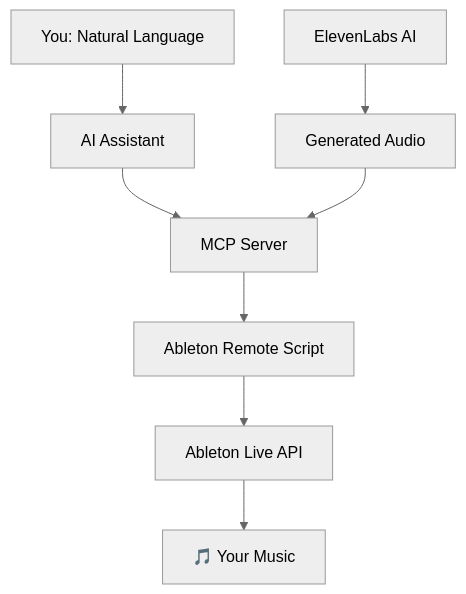
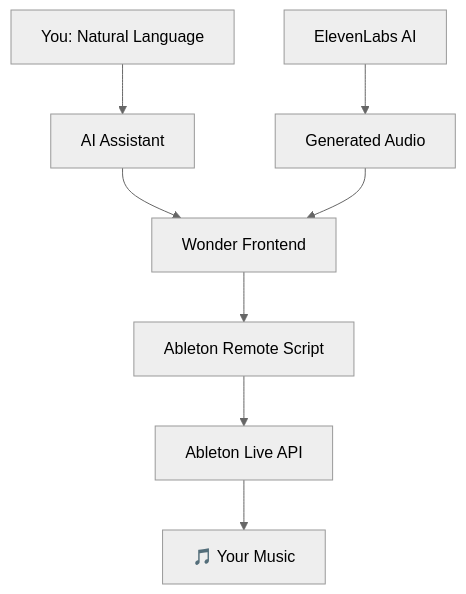
Before and after one commit to Korirussell/wonder: the diagram in kori-mcp/README.md, drawn with Mermaid (neutral theme). The commit also changed other lines of this file and 17 other files, not shown here.

Commit message:
fix ableton tool routing and remove legacy mcp server

````diff
--- a/kori-mcp/README.md
+++ b/kori-mcp/README.md
@@ -129,11 +121,11 @@
 ```mermaid
 graph TB
     A[You: Natural Language] --> B[AI Assistant]
-    B --> C[MCP Server]
+    B --> C[Wonder Frontend]
     C --> D[Ableton Remote Script]
     D --> E[Ableton Live API]
     E --> F[🎵 Your Music]
     
     G[ElevenLabs AI] --> H[Generated Audio]
     H --> C
 ```
````
